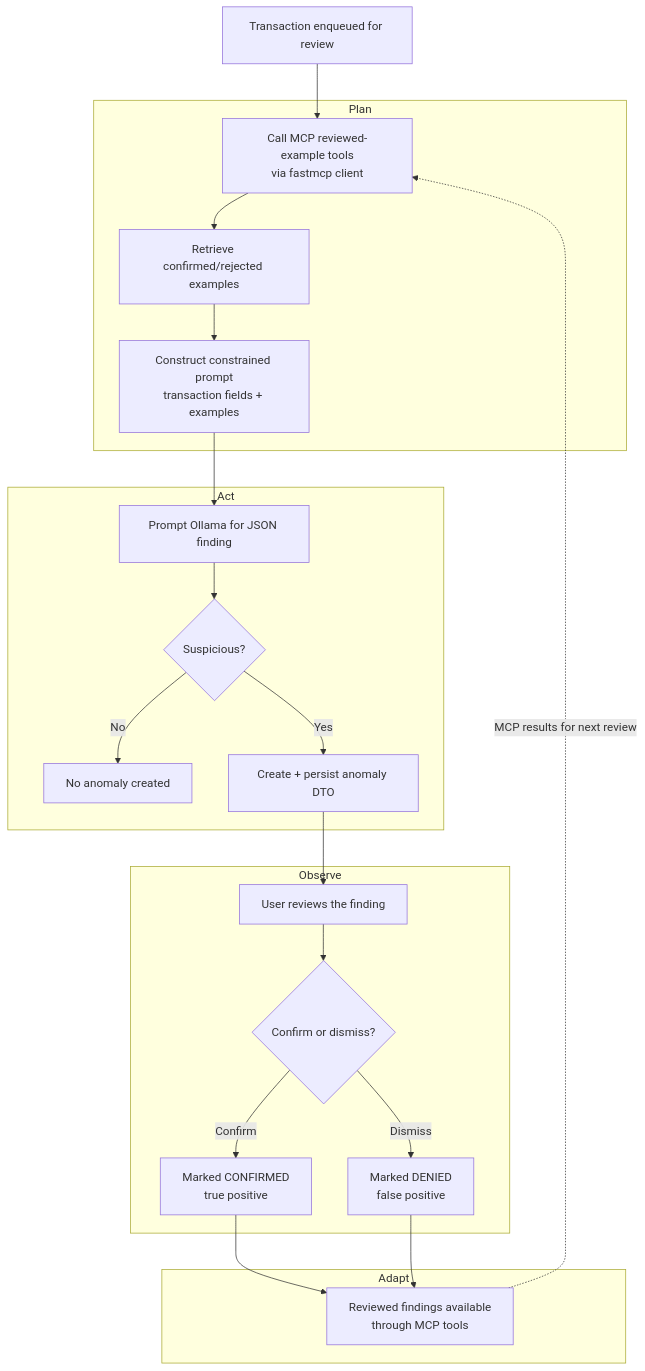
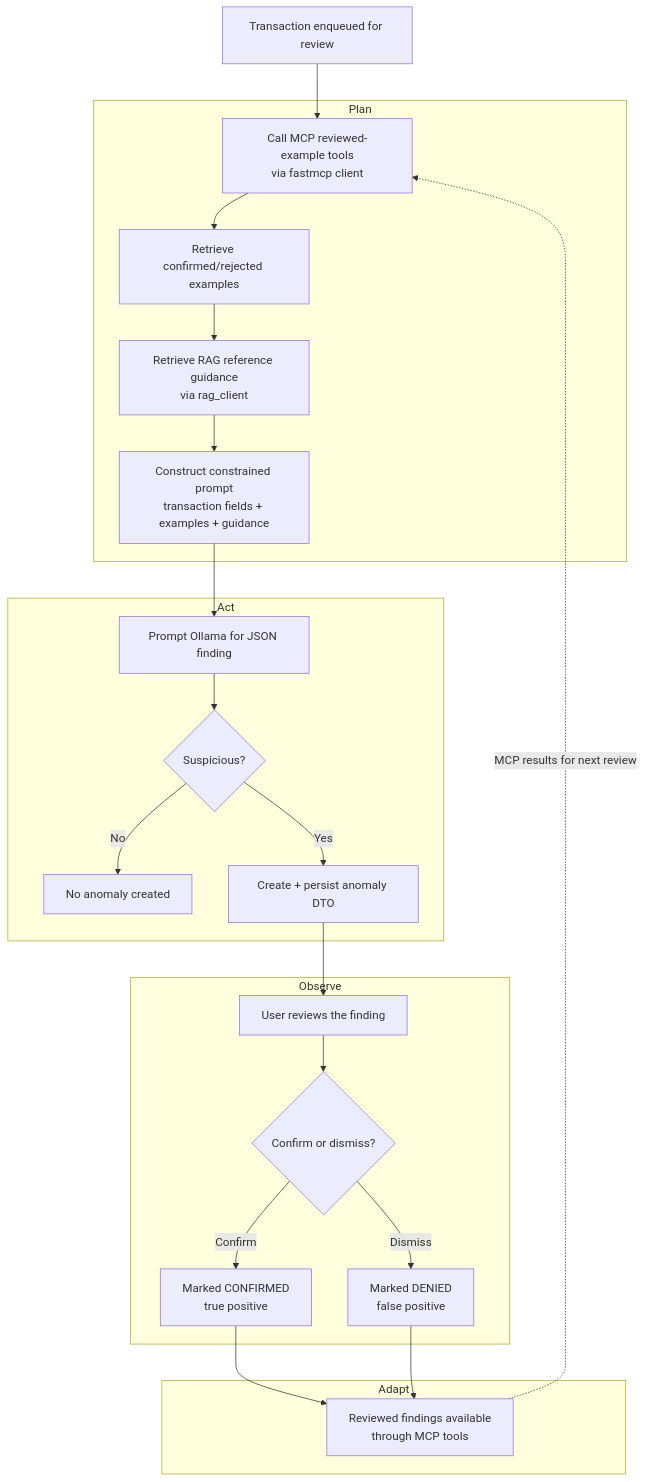
The diagram in aiden/backend/README.md (David-S-22/ASD-Spring-2026), drawn with Mermaid before and after one commit. The commit also changed other lines of this file and 22 other files, not shown here.

````diff
--- a/aiden/backend/README.md
+++ b/aiden/backend/README.md
@@ -78,30 +87,31 @@
 ```mermaid
 flowchart TD
     A[Transaction enqueued for review] --> B
 
     subgraph Plan
         B[Call MCP reviewed-example tools<br/>via fastmcp client] --> C[Retrieve confirmed/rejected examples]
-        C --> D[Construct constrained prompt<br/>transaction fields + examples]
+        C --> RAG[Retrieve RAG reference guidance<br/>via rag_client]
+        RAG --> D[Construct constrained prompt<br/>transaction fields + examples + guidance]
     end
 
     subgraph Act
         D --> E[Prompt Ollama for JSON finding]
         E --> F{Suspicious?}
         F -- No --> G[No anomaly created]
         F -- Yes --> H[Create + persist anomaly DTO]
     end
 
     subgraph Observe
         H --> I[User reviews the finding]
         I --> J{Confirm or dismiss?}
         J -- Confirm --> K[Marked CONFIRMED<br/>true positive]
         J -- Dismiss --> L[Marked DENIED<br/>false positive]
     end
 
     subgraph Adapt
         K --> M[Reviewed findings available<br/>through MCP tools]
         L --> M
     end
 
     M -. MCP results for next review .-> B
 ```
````
